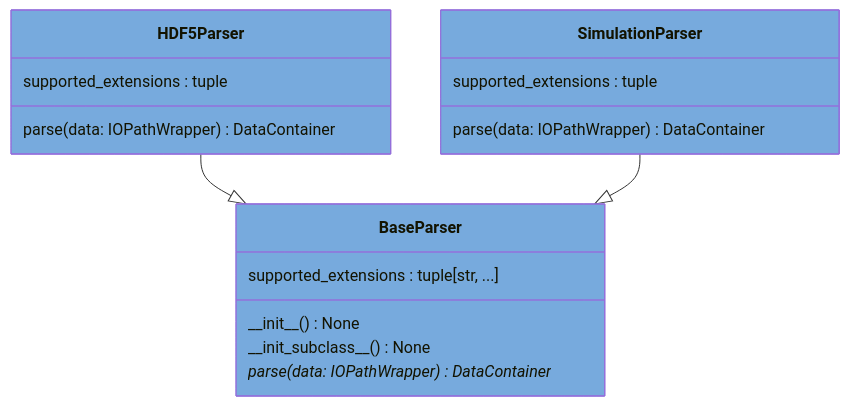
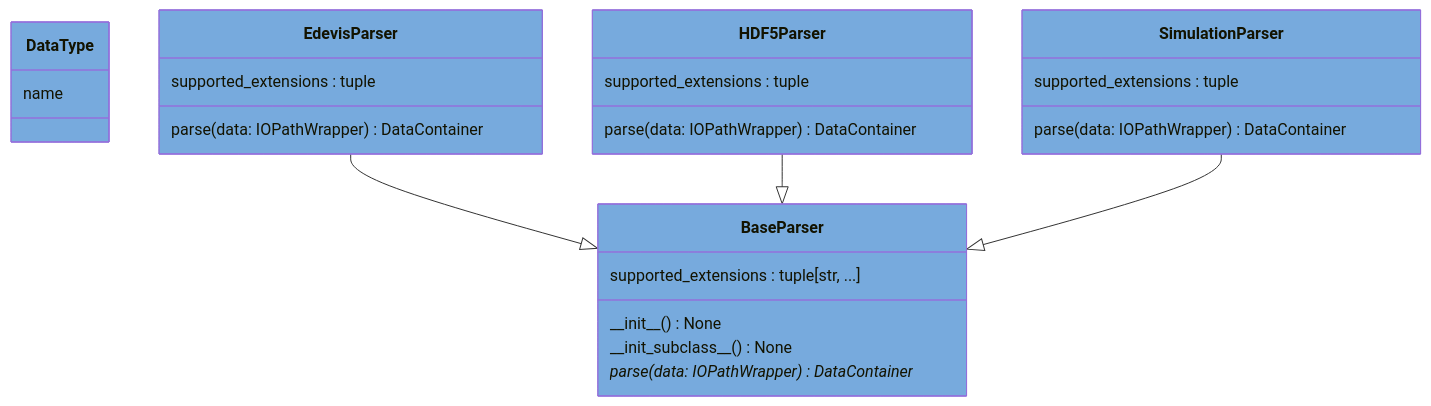
Before and after one commit to voidsy-gmbh/pyThermoNDT: the diagram in docs/pyreverse/mermaid/classes_pythermondt.io.parsers.mmd, drawn with Mermaid. The commit also changed 19 other files, not shown here.

```diff
--- a/docs/pyreverse/mermaid/classes_pythermondt.io.parsers.mmd
+++ b/docs/pyreverse/mermaid/classes_pythermondt.io.parsers.mmd
@@ -1,20 +1,30 @@
 classDiagram
   class BaseParser {
     supported_extensions : tuple[str, ...]
     \_\_init\_\_() None
     \_\_init_subclass\_\_() None
     parse(data: IOPathWrapper)* DataContainer
   }
   style BaseParser fill:#77AADD
+  class DataType {
+    name
+  }
+  style DataType fill:#77AADD
+  class EdevisParser {
+    supported_extensions : tuple
+    parse(data: IOPathWrapper) DataContainer
+  }
+  style EdevisParser fill:#77AADD
   class HDF5Parser {
     supported_extensions : tuple
     parse(data: IOPathWrapper) DataContainer
   }
   style HDF5Parser fill:#77AADD
   class SimulationParser {
     supported_extensions : tuple
     parse(data: IOPathWrapper) DataContainer
   }
   style SimulationParser fill:#77AADD
+  EdevisParser --|> BaseParser
   HDF5Parser --|> BaseParser
   SimulationParser --|> BaseParser
```
